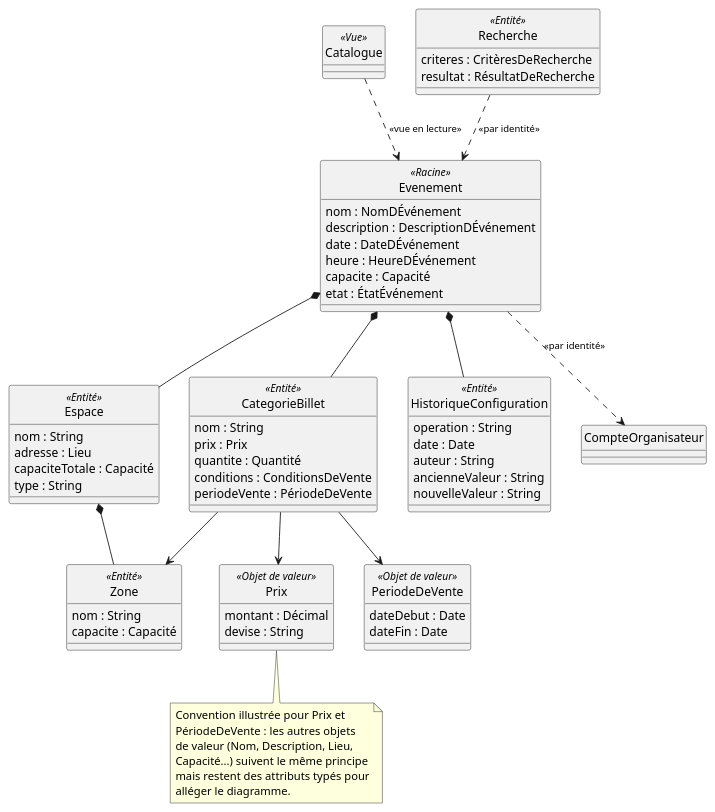
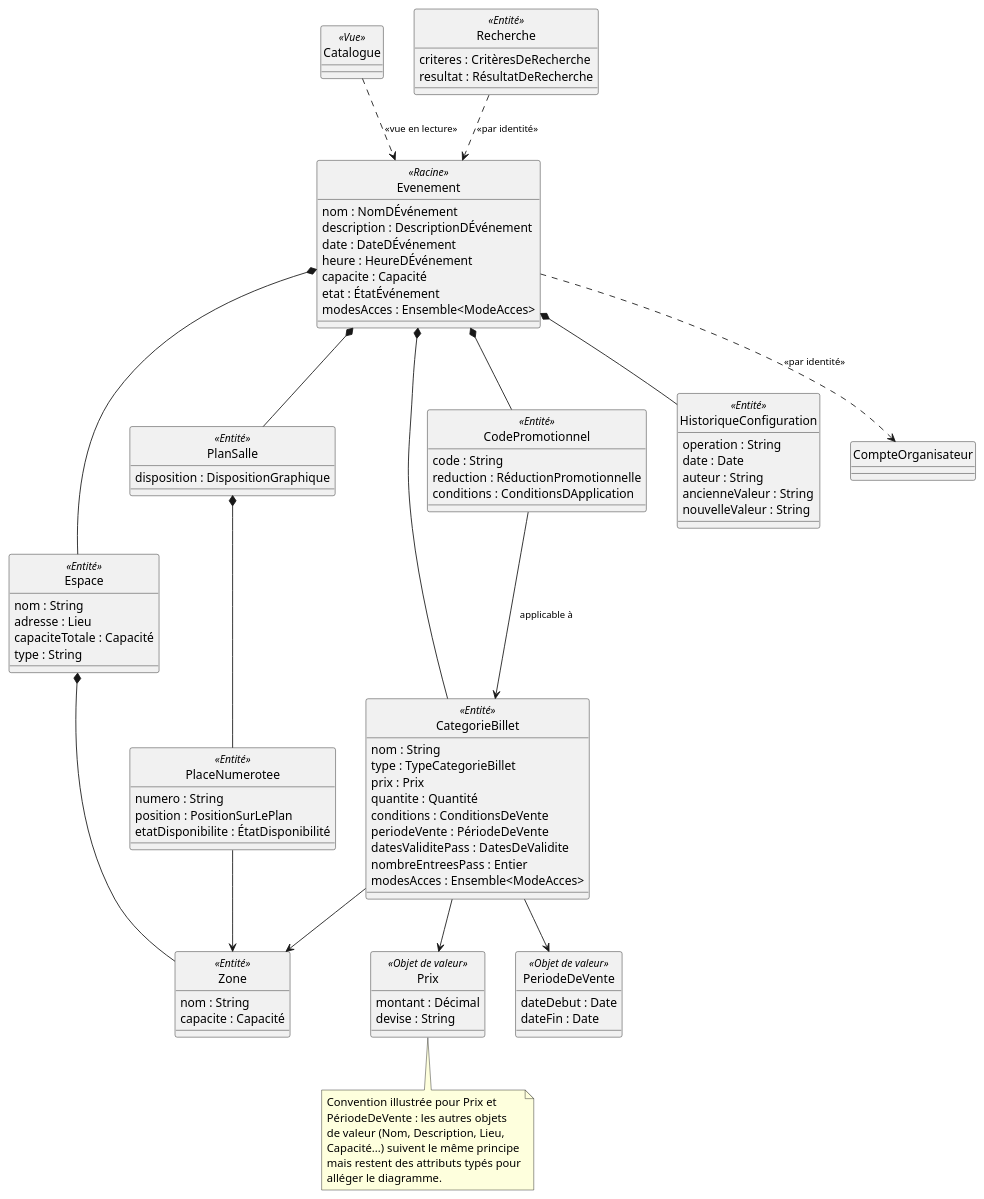
Before and after one commit to SamuHabra/eventix-documentation: the third of 10 diagrams in docs/06-modelisation-uml/diagrammes-de-classes.md, drawn with PlantUML. The commit also changed other lines of this file and 67 other files, not shown here.

```diff
--- a/docs/06-modelisation-uml/diagrammes-de-classes.md
+++ b/docs/06-modelisation-uml/diagrammes-de-classes.md
@@ -213,6 +220,7 @@
   heure : HeureDÉvénement
   capacite : Capacité
   etat : ÉtatÉvénement
+  modesAcces : Ensemble<ModeAcces>
 }
 class Espace <<Entité>> {
   nom : String
@@ -224,12 +232,29 @@
   nom : String
   capacite : Capacité
 }
+class PlanSalle <<Entité>> {
+  disposition : DispositionGraphique
+}
+class PlaceNumerotee <<Entité>> {
+  numero : String
+  position : PositionSurLePlan
+  etatDisponibilite : ÉtatDisponibilité
+}
 class CategorieBillet <<Entité>> {
   nom : String
+  type : TypeCategorieBillet
   prix : Prix
   quantite : Quantité
   conditions : ConditionsDeVente
   periodeVente : PériodeDeVente
+  datesValiditePass : DatesDeValidite
+  nombreEntreesPass : Entier
+  modesAcces : Ensemble<ModeAcces>
+}
+class CodePromotionnel <<Entité>> {
+  code : String
+  reduction : RéductionPromotionnelle
+  conditions : ConditionsDApplication
 }
 class HistoriqueConfiguration <<Entité>> {
   operation : String
@@ -243,6 +268,11 @@
 Espace *-- Zone
 Evenement *-- CategorieBillet
 CategorieBillet --> Zone
+Evenement *-- PlanSalle
+PlanSalle *-- PlaceNumerotee
+PlaceNumerotee --> Zone
+Evenement *-- CodePromotionnel
+CodePromotionnel --> CategorieBillet : applicable à
 Evenement *-- HistoriqueConfiguration
 Evenement ..> CompteOrganisateur : <<par identité>>
 
```
